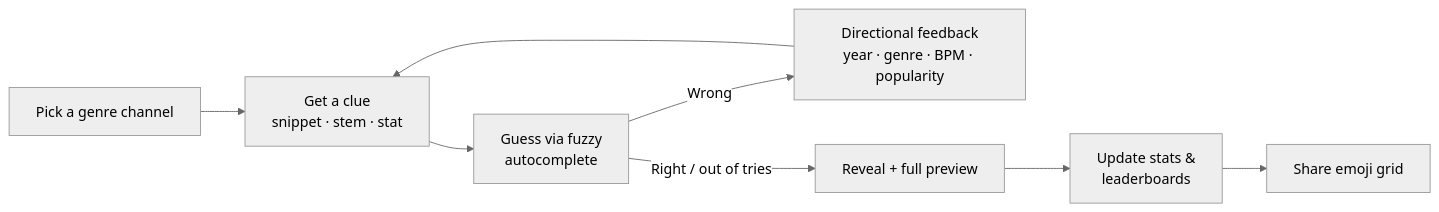
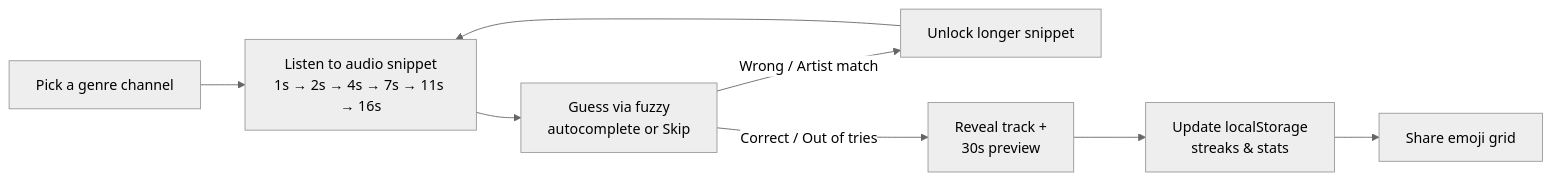
One commit to zafir-ali05/riffld changed the first of 2 diagrams in README.md. Above: the diagram before and after it, drawn with Mermaid (neutral theme). The commit also changed other lines of this file, not shown here.

Commit message:
leaned out readme

````diff
--- a/README.md
+++ b/README.md
@@ -68,10 +62,10 @@
 ```mermaid
 flowchart LR
-    A[Pick a genre channel] --> B[Get a clue<br/>snippet · stem · stat]
-    B --> C[Guess via fuzzy<br/>autocomplete]
-    C -->|Wrong| D[Directional feedback<br/>year · genre · BPM · popularity]
+    A[Pick a genre channel] --> B[Listen to audio snippet<br/>1s → 2s → 4s → 7s → 11s → 16s]
+    B --> C[Guess via fuzzy<br/>autocomplete or Skip]
+    C -->|Wrong / Artist match| D[Unlock longer snippet]
     D --> B
-    C -->|Right / out of tries| E[Reveal + full preview]
-    E --> F[Update stats &<br/>leaderboards]
+    C -->|Correct / Out of tries| E[Reveal track +<br/>30s preview]
+    E --> F[Update localStorage<br/>streaks & stats]
     F --> G[Share emoji grid]
 ```
````
